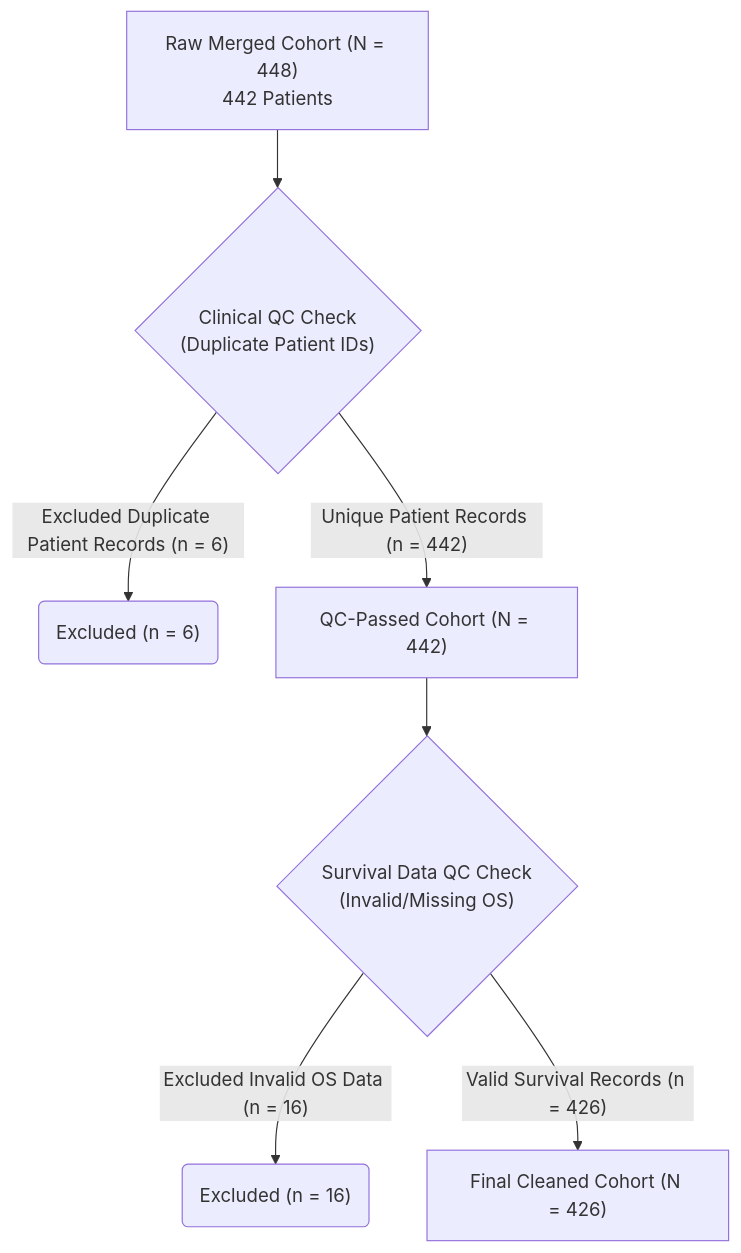
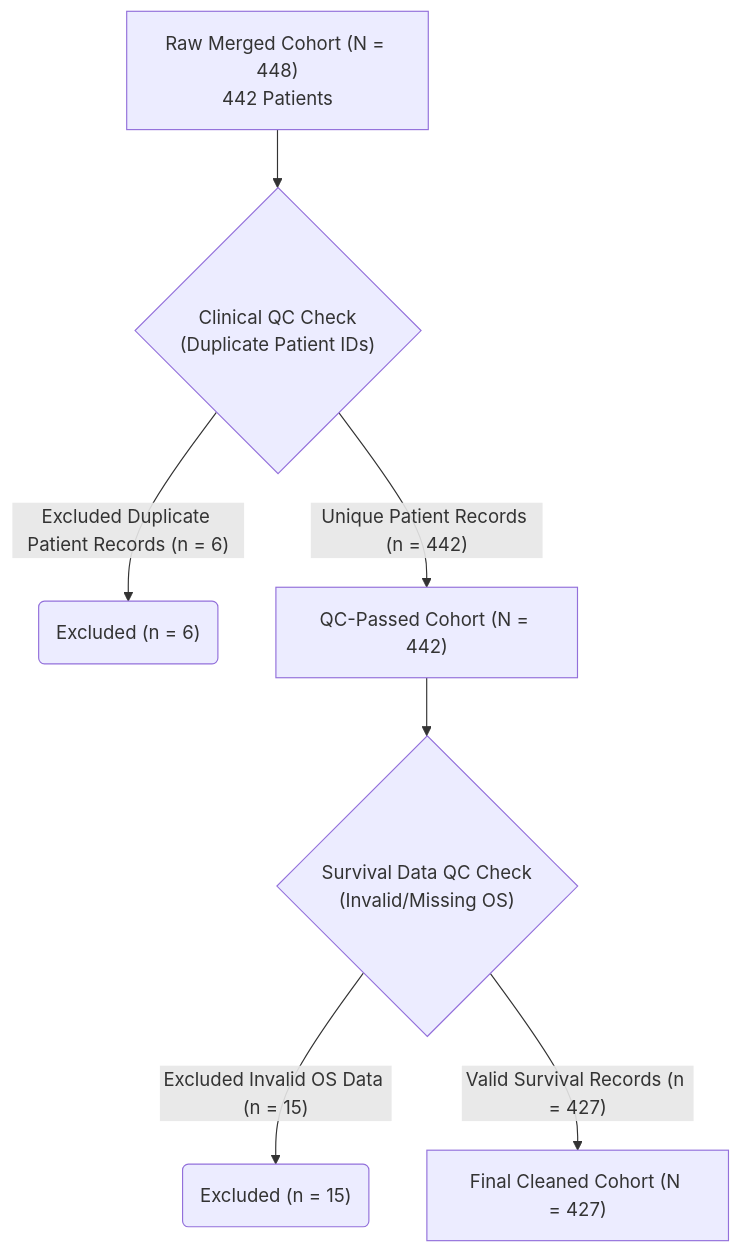
Before and after one commit to gillespieza/melanoma-assignment-3: the fourth of 4 diagrams in q1-response-predictor/reports/cohort_characteristics_clinical.md, drawn with Mermaid. The commit also changed other lines of this file and 20 other files, not shown here.

````diff
--- a/q1-response-predictor/reports/cohort_characteristics_clinical.md
+++ b/q1-response-predictor/reports/cohort_characteristics_clinical.md
@@ -162,9 +179,9 @@
 ```mermaid
 graph TD
     A["Raw Merged Cohort (N = 448)<br>442 Patients"] --> B{"Clinical QC Check<br>(Duplicate Patient IDs)"}
     B -->|"Excluded Duplicate Patient Records (n = 6)"| C("Excluded (n = 6)")
     B -->|"Unique Patient Records (n = 442)"| D["QC-Passed Cohort (N = 442)"]
     D --> E{"Survival Data QC Check<br>(Invalid/Missing OS)"}
-    E -->|"Excluded Invalid OS Data (n = 16)"| F("Excluded (n = 16)")
-    E -->|"Valid Survival Records (n = 426)"| G["Final Cleaned Cohort (N = 426)"]
+    E -->|"Excluded Invalid OS Data (n = 15)"| F("Excluded (n = 15)")
+    E -->|"Valid Survival Records (n = 427)"| G["Final Cleaned Cohort (N = 427)"]
 ```
````
